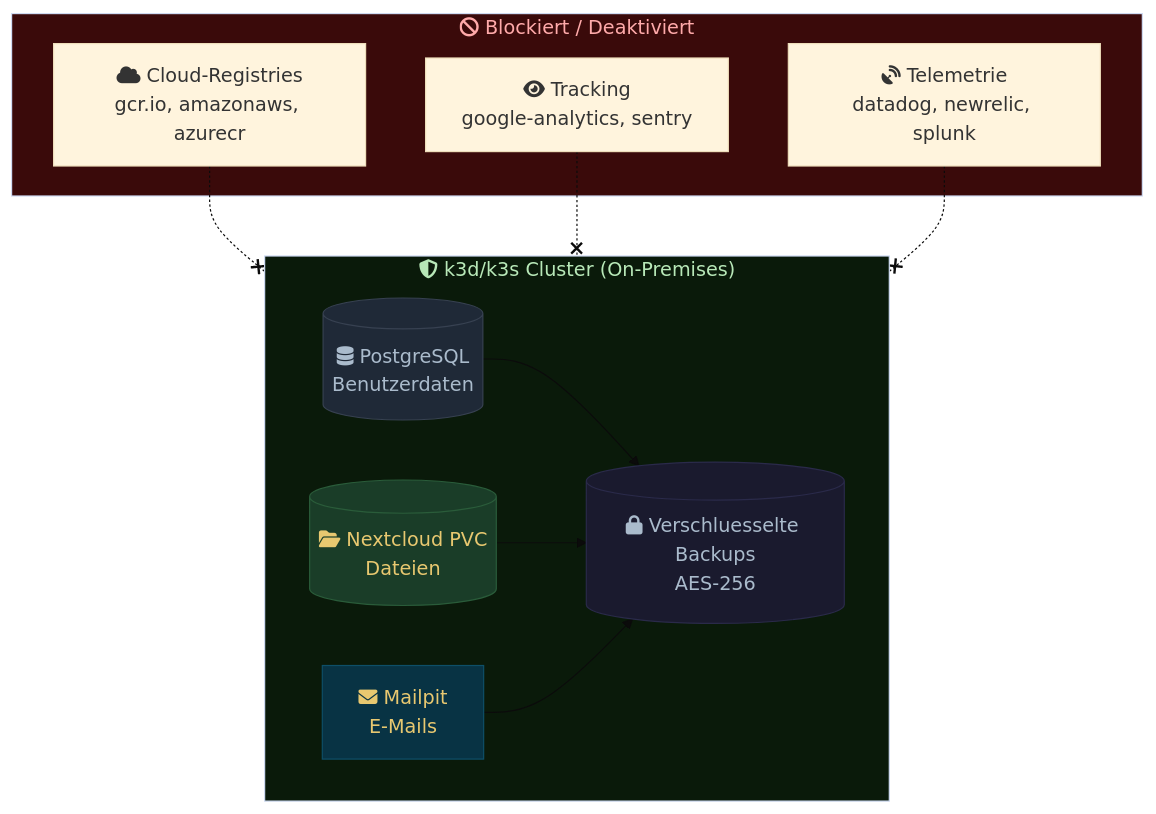
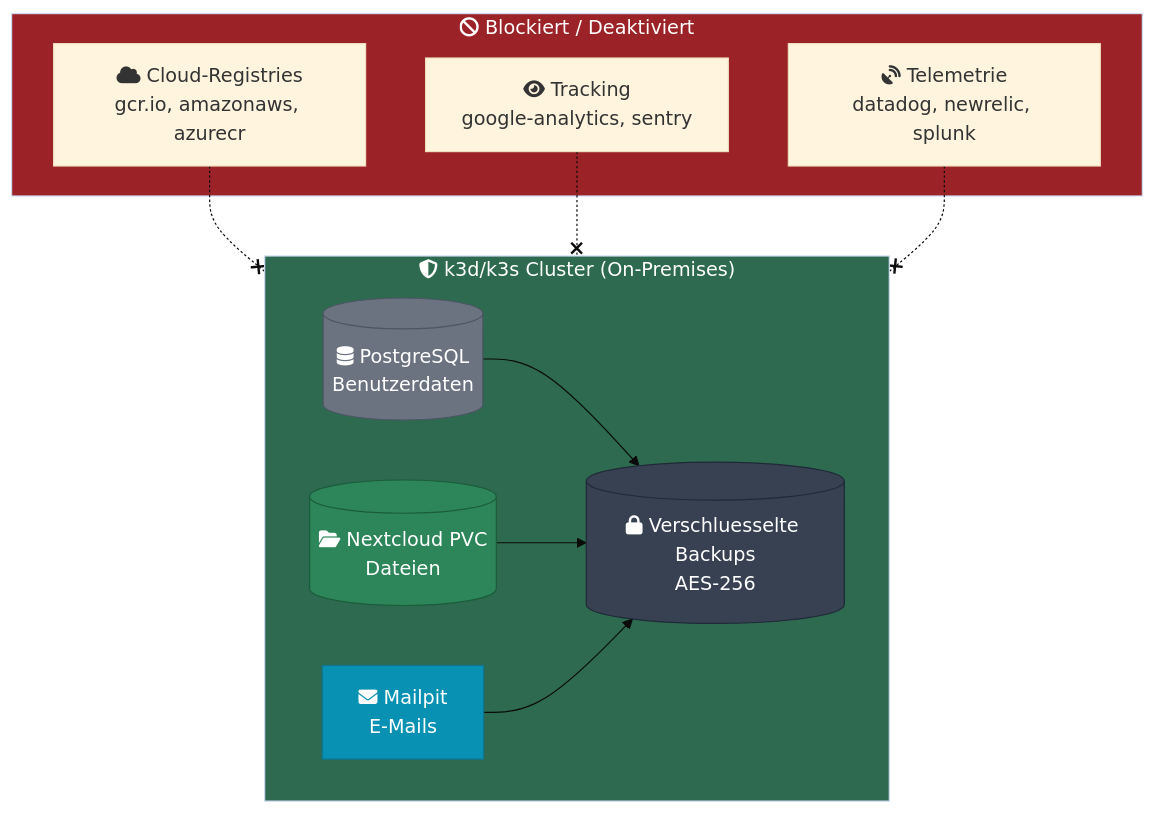
The first of 3 diagrams in k3d/docs-content/security.md (Paddione/Bachelorprojekt), drawn with Mermaid (base theme) before and after one commit. The commit also changed other lines of this file and 10 other files, not shown here.

````diff
--- a/k3d/docs-content/security.md
+++ b/k3d/docs-content/security.md
@@ -20,27 +7,27 @@
 ```mermaid
 flowchart TB
     subgraph Cluster ["fa:fa-shield-halved k3d/k3s Cluster (On-Premises)"]
         DB[("fa:fa-database PostgreSQL<br/>Benutzerdaten")]
         FILES[("fa:fa-folder-open Nextcloud PVC<br/>Dateien")]
         MAIL["fa:fa-envelope Mailpit<br/>E-Mails"]
         BACKUP[("fa:fa-lock Verschluesselte Backups<br/>AES-256")]
     end
 
     subgraph Blocked ["fa:fa-ban Blockiert / Deaktiviert"]
         CLOUD["fa:fa-cloud Cloud-Registries<br/>gcr.io, amazonaws, azurecr"]
         TRACK["fa:fa-eye Tracking<br/>google-analytics, sentry"]
         TELE["fa:fa-satellite-dish Telemetrie<br/>datadog, newrelic, splunk"]
     end
 
     DB & FILES & MAIL --> BACKUP
     CLOUD -.-x Cluster
     TRACK -.-x Cluster
     TELE -.-x Cluster
 
-    style Cluster fill:#0a1a0a,color:#b8e8b8
-    style Blocked fill:#3a0a0a,color:#ffaaaa
-    style DB fill:#1f2937,color:#aabbcc,stroke:#374151
-    style FILES fill:#1a3d28,color:#e8c870,stroke:#2a5c3a
-    style MAIL fill:#083344,color:#e8c870,stroke:#0e4f68
-    style BACKUP fill:#1a1a2e,color:#aabbcc,stroke:#2a2a4a
+    style Cluster fill:#2d6a4f,color:#fff
+    style Blocked fill:#9b2226,color:#fff
+    style DB fill:#6b7280,color:#fff,stroke:#4b5563
+    style FILES fill:#2d8659,color:#fff,stroke:#1a5c3a
+    style MAIL fill:#0891b2,color:#fff,stroke:#0e7490
+    style BACKUP fill:#374151,color:#fff,stroke:#1f2937
 ```
````
